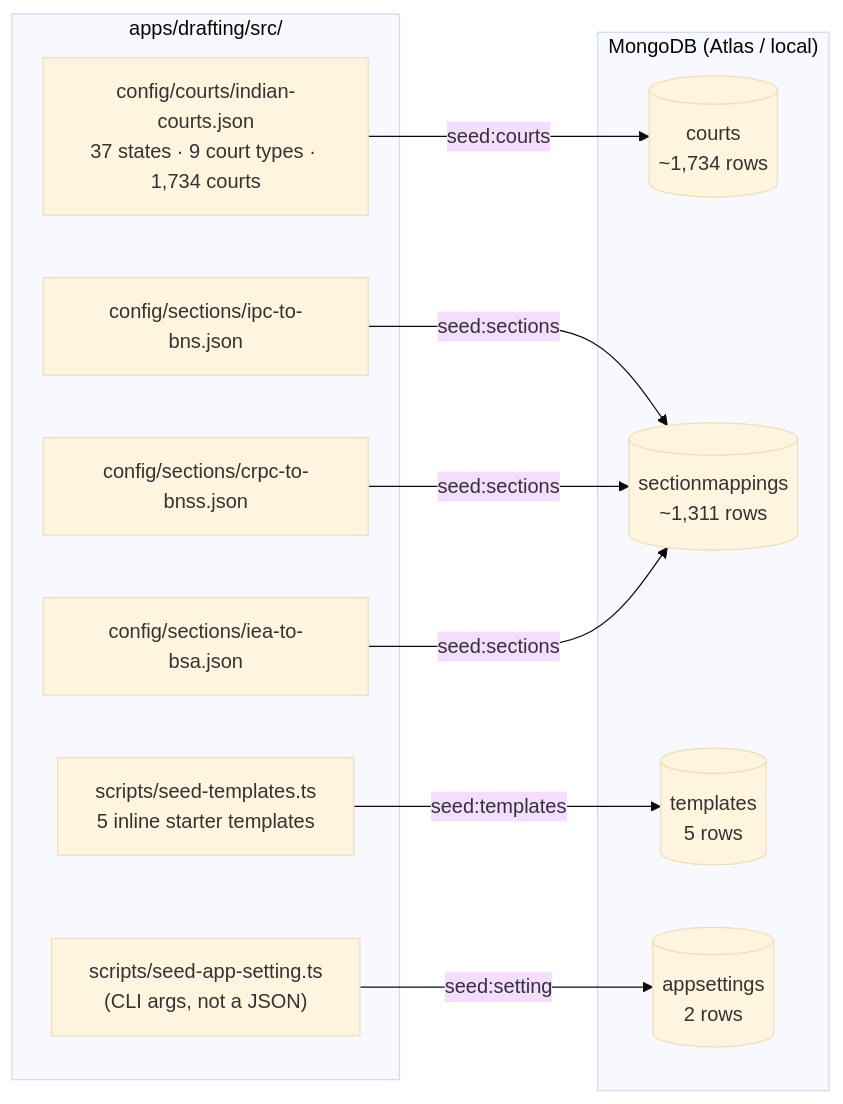
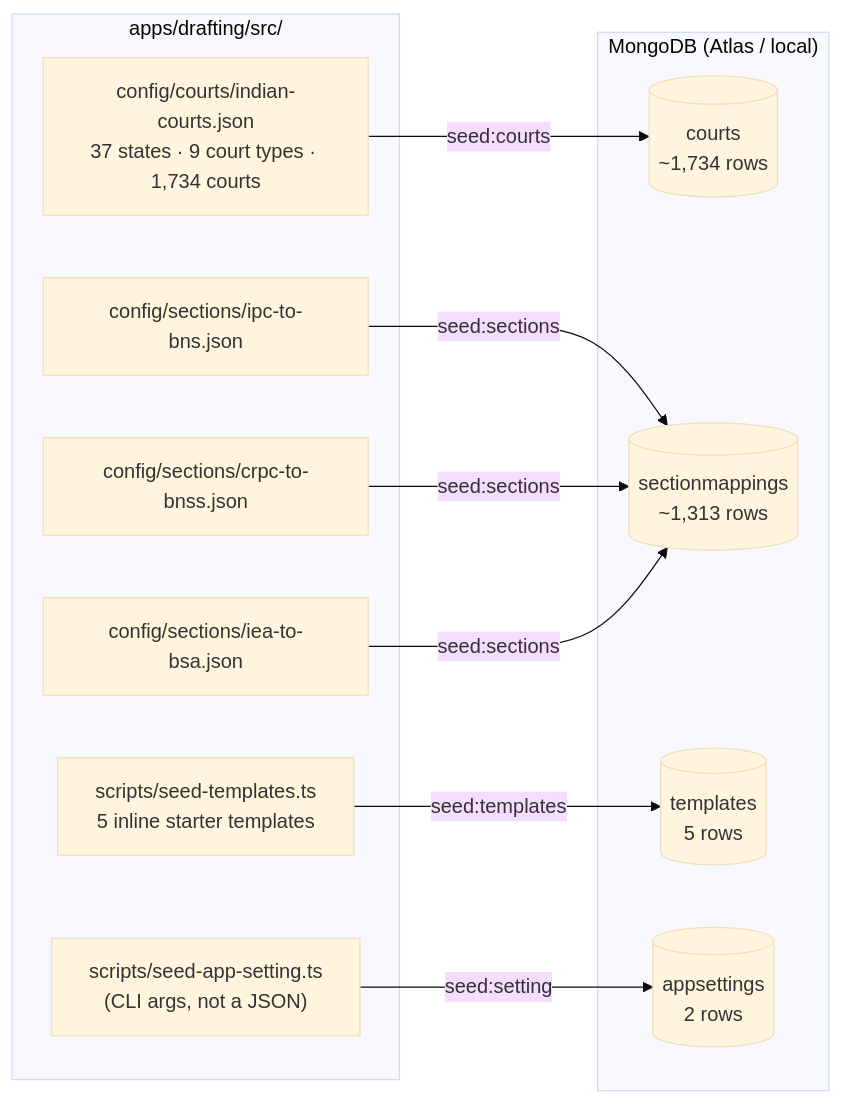
The first of 2 diagrams in docs/seeding.md (lawie-in/lawie), drawn with Mermaid (base theme) before and after one commit. The commit also changed other lines of this file and 14 other files, not shown here.

````diff
--- a/docs/seeding.md
+++ b/docs/seeding.md
@@ -11,25 +11,25 @@
 ```mermaid
 flowchart LR
   subgraph repo["apps/drafting/src/"]
     J1["config/courts/indian-courts.json<br/>37 states · 9 court types · 1,734 courts"]
     J2["config/sections/ipc-to-bns.json"]
     J3["config/sections/crpc-to-bnss.json"]
     J4["config/sections/iea-to-bsa.json"]
     T1["scripts/seed-templates.ts<br/>5 inline starter templates"]
     A1["scripts/seed-app-setting.ts<br/>(CLI args, not a JSON)"]
   end
 
   subgraph mongo["MongoDB (Atlas / local)"]
     C1[("courts<br/>~1,734 rows")]
-    C2[("sectionmappings<br/>~1,311 rows")]
+    C2[("sectionmappings<br/>~1,313 rows")]
     C3[("templates<br/>5 rows")]
     C4[("appsettings<br/>2 rows")]
   end
 
   J1 -- "seed:courts" --> C1
   J2 -- "seed:sections" --> C2
   J3 -- "seed:sections" --> C2
   J4 -- "seed:sections" --> C2
   T1 -- "seed:templates" --> C3
   A1 -- "seed:setting" --> C4
 ```
````
